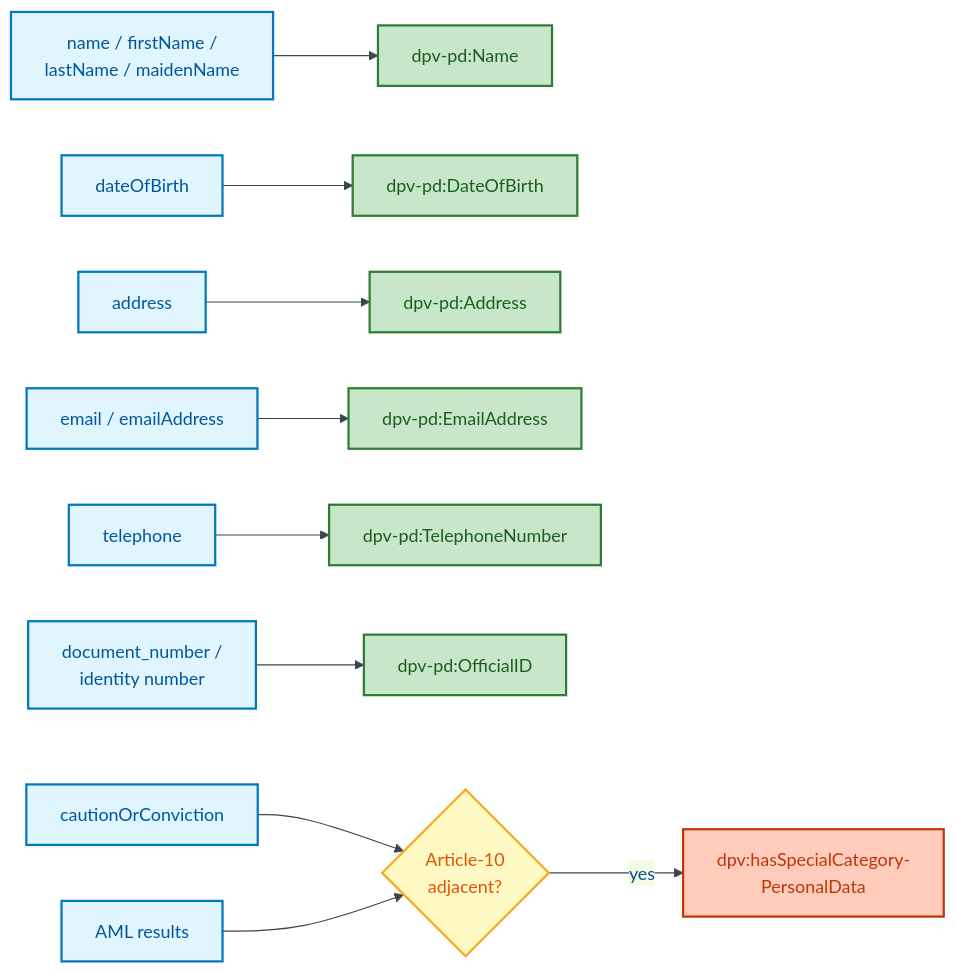
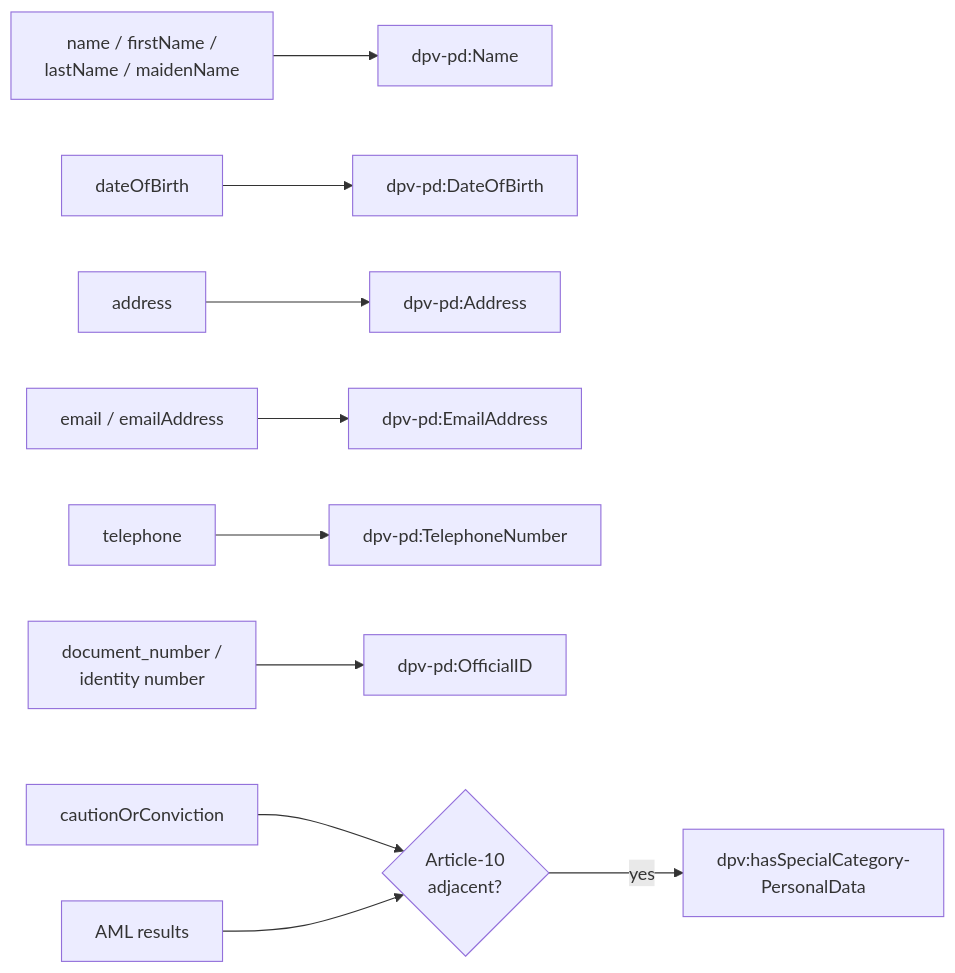
One commit to sparkling/opda changed the first of 4 diagrams in docs/ontology/odr/ODR-0012-data-governance-layer.md. Above: the diagram before and after it, drawn with Mermaid. The commit also changed other lines of this file and 25 other files, not shown here.

````diff
--- a/docs/ontology/odr/ODR-0012-data-governance-layer.md
+++ b/docs/ontology/odr/ODR-0012-data-governance-layer.md
@@ -54,20 +54,15 @@
 ```mermaid
-%%{init:{"theme":"base","themeVariables":{"primaryColor":"#E3F2FD","primaryTextColor":"#0D47A1","primaryBorderColor":"#1565C0","lineColor":"#37474F"}}}%%
 flowchart LR
     accTitle: DPV personal-data category mapping
     accDescr: Maps personal-data-bearing fields to their dpv-pd category and marks special-category terms with the Article-10 flag.
-    classDef process fill:#E1F5FE,stroke:#0277BD,stroke-width:2px,color:#01579B
-    classDef decision fill:#FFF9C4,stroke:#F9A825,stroke-width:2px,color:#E65100
-    classDef output fill:#C8E6C9,stroke:#2E7D32,stroke-width:2px,color:#1B5E20
-    classDef special fill:#FFCCBC,stroke:#BF360C,stroke-width:2px,color:#BF360C
 
-    F1["name / firstName /<br/>lastName / maidenName"]:::process --> C1["dpv-pd:Name"]:::output
-    F2["dateOfBirth"]:::process --> C2["dpv-pd:DateOfBirth"]:::output
-    F3["address"]:::process --> C3["dpv-pd:Address"]:::output
-    F4["email / emailAddress"]:::process --> C4["dpv-pd:EmailAddress"]:::output
-    F5["telephone"]:::process --> C5["dpv-pd:TelephoneNumber"]:::output
-    F6["document_number /<br/>identity number"]:::process --> C6["dpv-pd:OfficialID"]:::output
-    F7["cautionOrConviction"]:::process --> SC{"Article-10<br/>adjacent?"}:::decision
+    F1["name / firstName /<br/>lastName / maidenName"]:::process --> C1["dpv-pd:Name"]:::success
+    F2["dateOfBirth"]:::process --> C2["dpv-pd:DateOfBirth"]:::success
+    F3["address"]:::process --> C3["dpv-pd:Address"]:::success
+    F4["email / emailAddress"]:::process --> C4["dpv-pd:EmailAddress"]:::success
+    F5["telephone"]:::process --> C5["dpv-pd:TelephoneNumber"]:::success
+    F6["document_number /<br/>identity number"]:::process --> C6["dpv-pd:OfficialID"]:::success
+    F7["cautionOrConviction"]:::process --> SC{"Article-10<br/>adjacent?"}:::warning
     F8["AML results"]:::process --> SC
-    SC -->|"yes"| SP["dpv:hasSpecialCategory-<br/>PersonalData"]:::special
+    SC -->|"yes"| SP["dpv:hasSpecialCategory-<br/>PersonalData"]:::error
 ```
````
